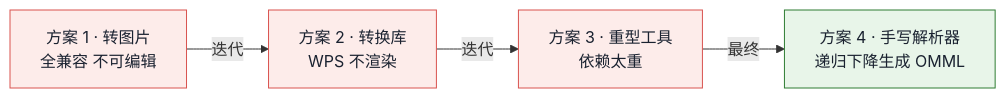
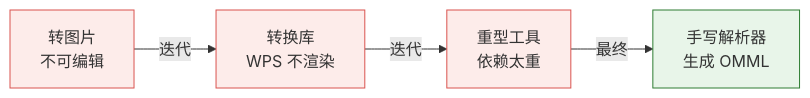
The ninth of 13 diagrams in manuscript.md (int2t05/internship), drawn with Mermaid before and after one commit. The commit also changed other lines of this file and 12 other files, not shown here.

````diff
--- a/manuscript.md
+++ b/manuscript.md
@@ -422,10 +390,10 @@
 ```mermaid
 flowchart LR
-    F1["方案 1 · 转图片<br/>全兼容 不可编辑"] -->|迭代| F2["方案 2 · 转换库<br/>WPS 不渲染"]
-    F2 -->|迭代| F3["方案 3 · 重型工具<br/>依赖太重"]
-    F3 -->|最终| F4["方案 4 · 手写解析器<br/>递归下降生成 OMML"]
-    classDef bad fill:#FDECEA,stroke:#D9534F,color:#1A2230
-    classDef ok fill:#E8F5E9,stroke:#2E7D32,color:#1A2230
+    F1["转图片<br/>不可编辑"] -->|迭代| F2["转换库<br/>WPS 不渲染"]
+    F2 -->|迭代| F3["重型工具<br/>依赖太重"]
+    F3 -->|最终| F4["手写解析器<br/>生成 OMML"]
+    classDef bad fill:#FDECEA,stroke:#D9534F
+    classDef ok fill:#E8F5E9,stroke:#2E7D32
     class F1,F2,F3 bad
     class F4 ok
 ```
````
